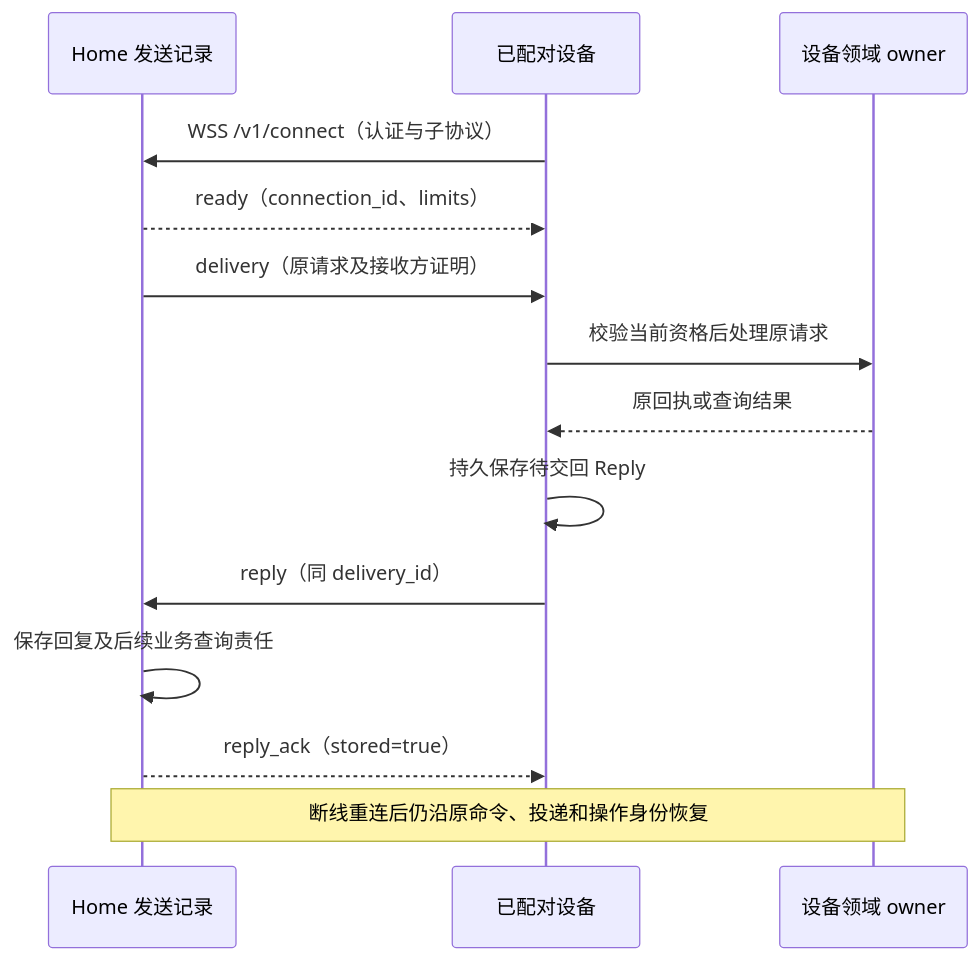
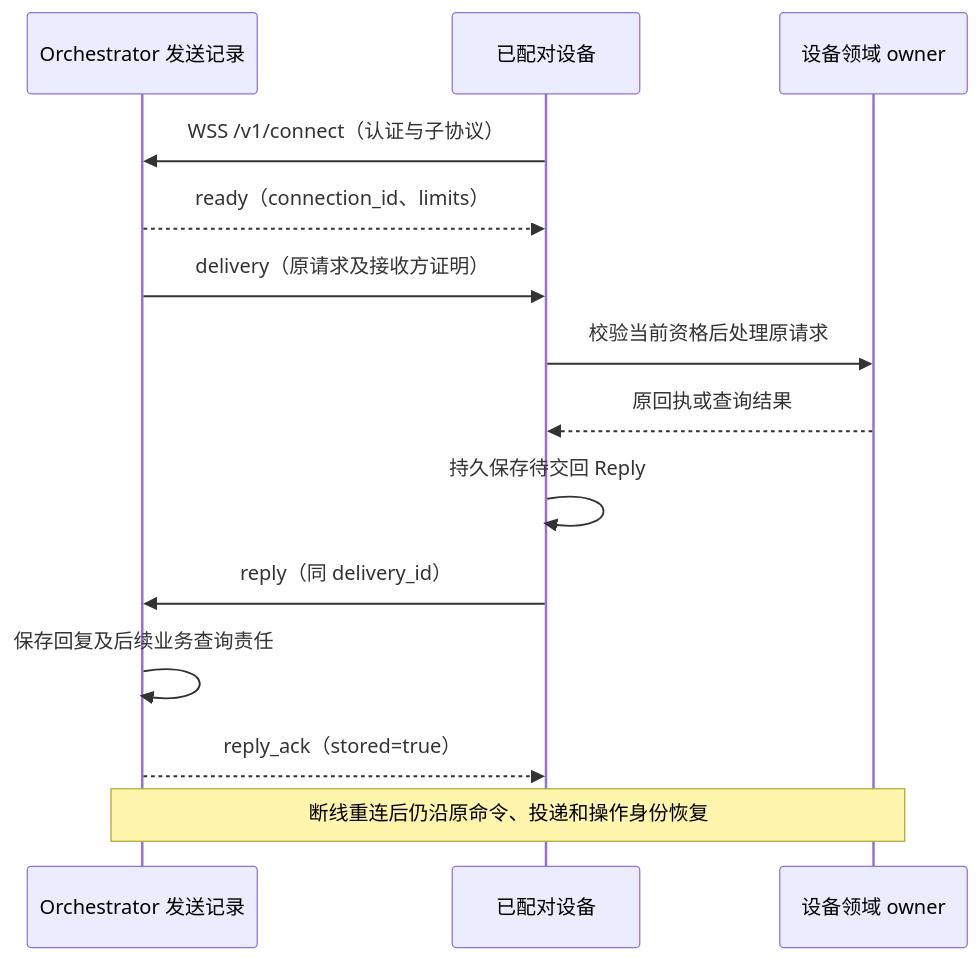
Before and after one commit to ruipengliu/lerna: the diagram in docs/architecture/contracts/transport.md, drawn with Mermaid. The commit also changed other lines of this file and 174 other files, not shown here.

````diff
--- a/docs/architecture/contracts/transport.md
+++ b/docs/architecture/contracts/transport.md
@@ -112,16 +112,16 @@
 ```mermaid
 sequenceDiagram
-    participant H as Home 发送记录
+    participant H as Orchestrator 发送记录
     participant D as 已配对设备
     participant O as 设备领域 owner
     D->>H: WSS /v1/connect（认证与子协议）
     H-->>D: ready（connection_id、limits）
     H->>D: delivery（原请求及接收方证明）
     D->>O: 校验当前资格后处理原请求
     O-->>D: 原回执或查询结果
     D->>D: 持久保存待交回 Reply
     D->>H: reply（同 delivery_id）
     H->>H: 保存回复及后续业务查询责任
     H-->>D: reply_ack（stored=true）
     Note over H,O: 断线重连后仍沿原命令、投递和操作身份恢复
 ```
````
